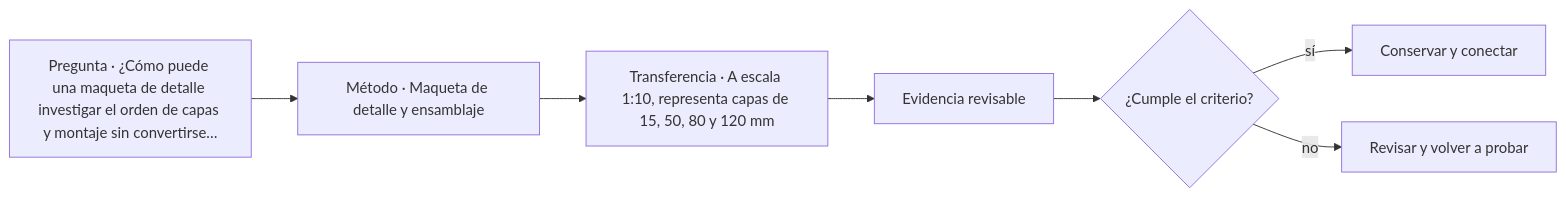
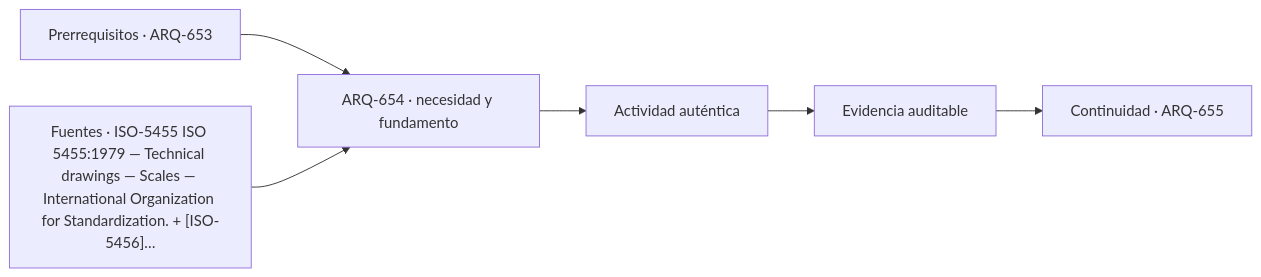
The diagram in classes/parte-66/ARQ-654.md (vladimiracunadev-create/architecture-built-environment-learning-program), drawn with Mermaid before and after one commit. The commit also changed other lines of this file and 761 other files, not shown here.

````diff
--- a/classes/parte-66/ARQ-654.md
+++ b/classes/parte-66/ARQ-654.md
@@ -66,9 +78,8 @@
 ```mermaid
 flowchart LR
-    Q["Pregunta · ¿Cómo puede una maqueta de detalle investigar el orden de capas y montaje sin convertirse…"] --> M["Método · Maqueta de detalle y ensamblaje"]
-    M --> P["Transferencia · A escala 1:10, representa capas de 15, 50, 80 y 120 mm"]
-    P --> E["Evidencia revisable"]
-    E --> C{"¿Cumple el criterio?"}
-    C -->|sí| T["Conservar y conectar"]
-    C -->|no| R["Revisar y volver a probar"]
+    A["Prerrequisitos · ARQ-653"] --> B["ARQ-654 · necesidad y fundamento"]
+    S["Fuentes · ISO-5455 ISO 5455:1979 — Technical drawings — Scales — International Organization for Standardization. + [ISO-5456]…"] --> B
+    B --> C["Actividad auténtica"]
+    C --> D["Evidencia auditable"]
+    D --> E["Continuidad · ARQ-655"]
 ```
````
